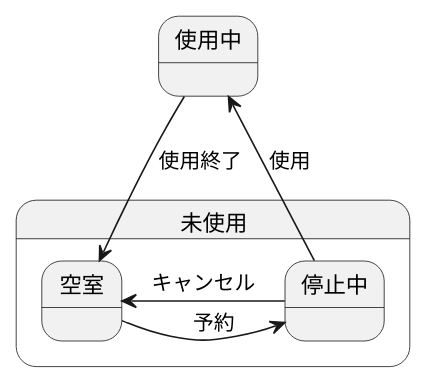
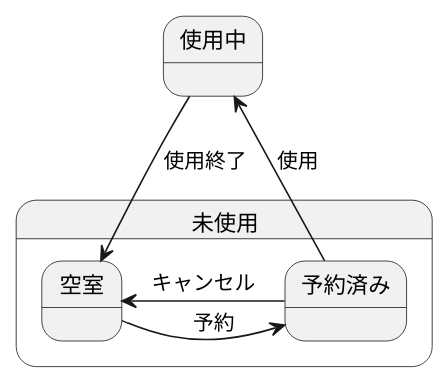
One commit to youryota/uml-introduction changed the diagram in 演習6-2_SD_部屋オブジェクト.pu. Above: the diagram before and after it, drawn with PlantUML.

Commit message:
編集

```diff
--- a/演習6-2_SD_部屋オブジェクト.pu
+++ b/演習6-2_SD_部屋オブジェクト.pu
@@ -1,8 +1,8 @@
 @startuml
 state 未使用{
-空室 -> 停止中 :　予約
-停止中 -> 空室 : キャンセル
+空室 -> 予約済み :　予約
+予約済み -> 空室 : キャンセル
 }
 使用中 --> 空室 : 使用終了
-使用中 <-- 停止中 : 使用
+使用中 <-- 予約済み : 使用
 @enduml
```
